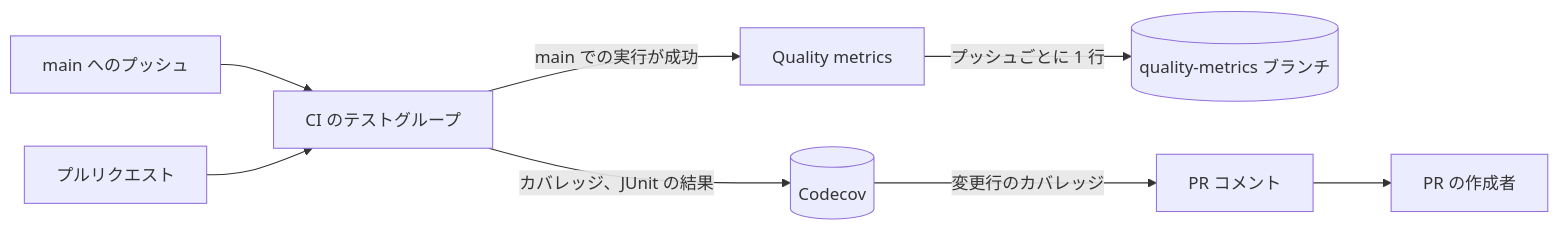
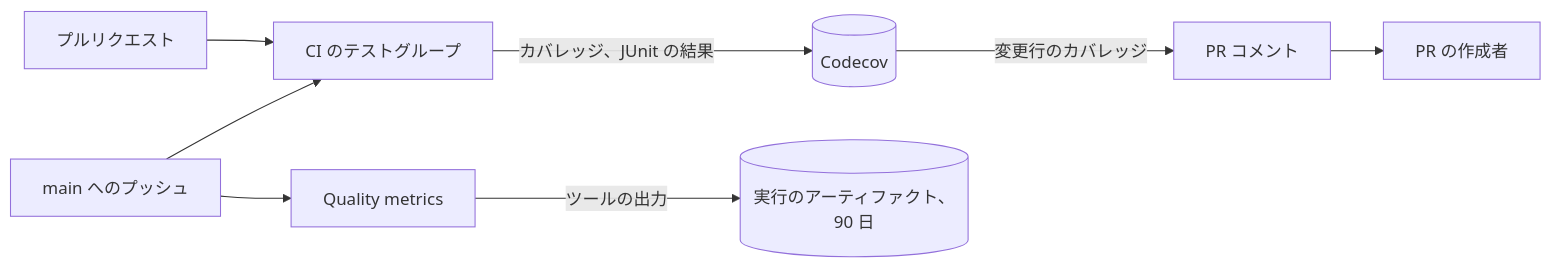
The diagram in translations/ja/docs/design-docs/test-quality-monitoring.md (syudead/vv), drawn with Mermaid before and after one commit. The commit also changed other lines of this file and 8 other files, not shown here.

First line of the commit message:
ci: Quality metrics を既存ツールの出力を artifact に残すだけにする

````diff
--- a/translations/ja/docs/design-docs/test-quality-monitoring.md
+++ b/translations/ja/docs/design-docs/test-quality-monitoring.md
@@ -12,10 +12,10 @@
 ```mermaid
 flowchart LR
   push[main へのプッシュ] --> ci[CI のテストグループ]
-  ci -->|main での実行が成功| qm[Quality metrics]
+  push --> qm[Quality metrics]
   pr[プルリクエスト] --> ci
   ci -->|カバレッジ、JUnit の結果| codecov[(Codecov)]
-  qm -->|プッシュごとに 1 行| hist[(quality-metrics ブランチ)]
+  qm -->|ツールの出力| art[(実行のアーティファクト、90 日)]
   codecov -->|変更行のカバレッジ| prc[PR コメント]
   prc --> author[PR の作成者]
 ```
````
